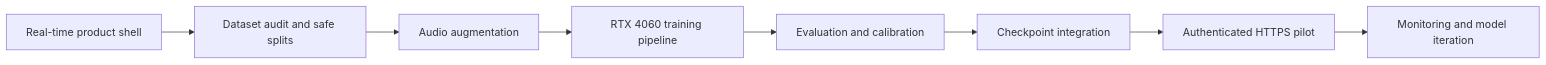
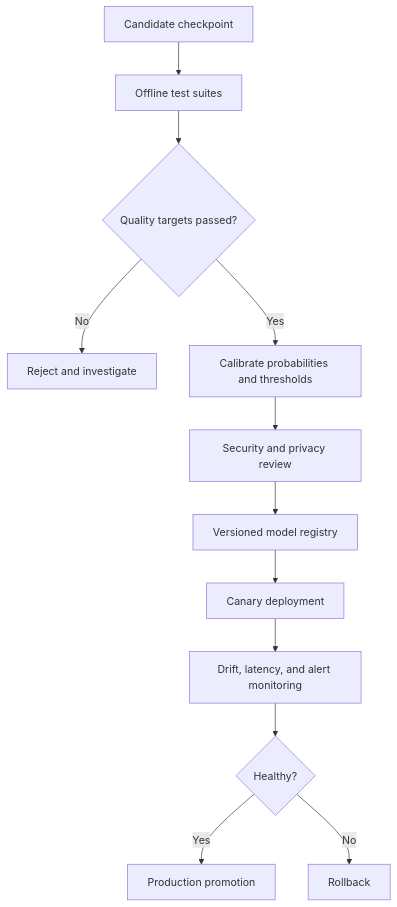
One commit to njhari-07/SvaraSentry changed the ninth of 9 diagrams in README.md. Above: the diagram before and after it, drawn with Mermaid. The commit also changed other lines of this file, not shown here.

Commit message:
docs: describe finalized SvaraSentry product

````diff
--- a/README.md
+++ b/README.md
@@ -673,10 +454,14 @@
 ```mermaid
-flowchart LR
-    A[Real-time product shell] --> B[Dataset audit and safe splits]
-    B --> C[Audio augmentation]
-    C --> D[RTX 4060 training pipeline]
-    D --> E[Evaluation and calibration]
-    E --> F[Checkpoint integration]
-    F --> G[Authenticated HTTPS pilot]
-    G --> H[Monitoring and model iteration]
+flowchart TD
+    A[Candidate checkpoint] --> B[Offline test suites]
+    B --> C{Quality targets passed?}
+    C -->|No| D[Reject and investigate]
+    C -->|Yes| E[Calibrate probabilities and thresholds]
+    E --> F[Security and privacy review]
+    F --> G[Versioned model registry]
+    G --> H[Canary deployment]
+    H --> I[Drift, latency, and alert monitoring]
+    I --> J{Healthy?}
+    J -->|Yes| K[Production promotion]
+    J -->|No| L[Rollback]
 ```
````
